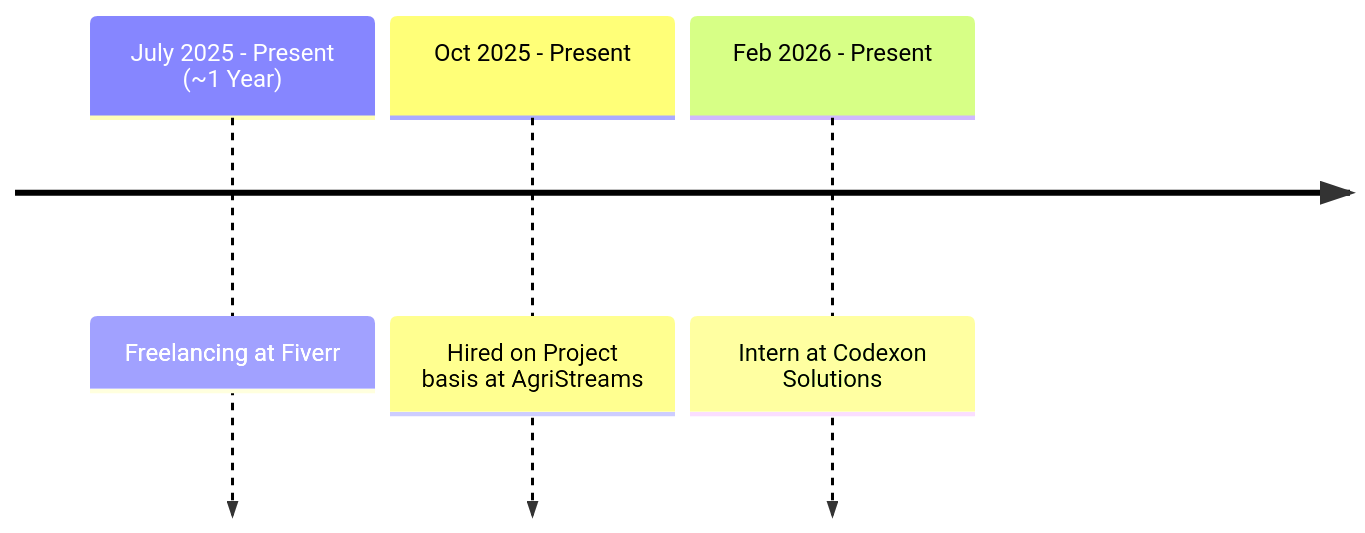
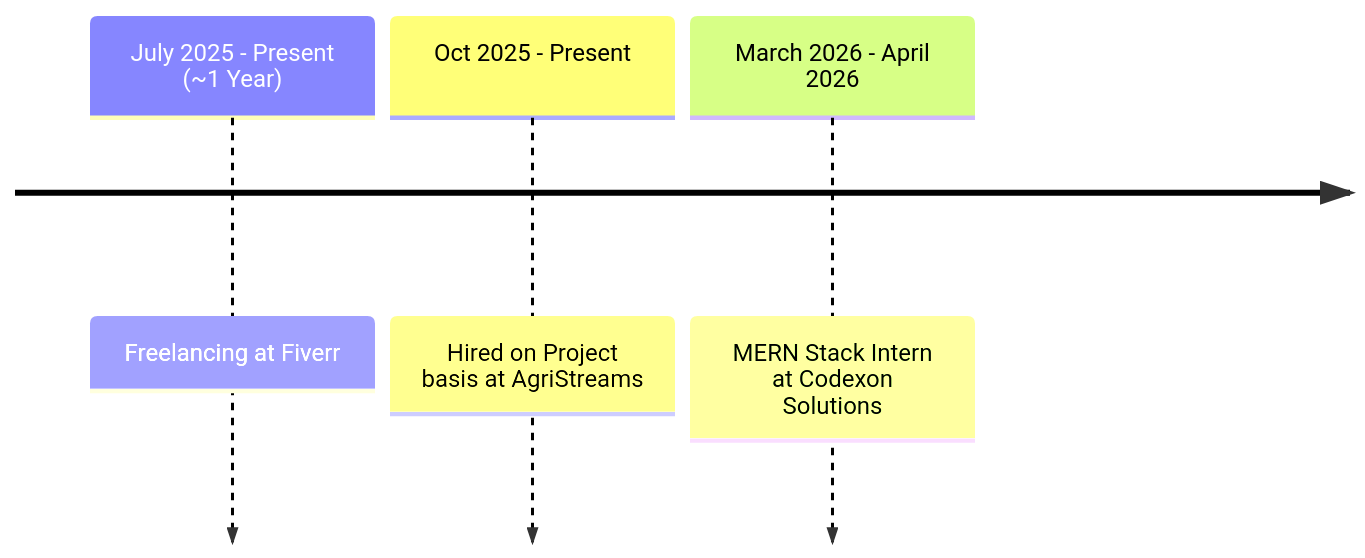
Before and after one commit to ShahzaibAhmad05/ShahzaibAhmad05: the diagram in README.md, drawn with Mermaid.

Commit message:
update professional journey

````diff
--- a/README.md
+++ b/README.md
@@ -169,6 +169,6 @@
 ```mermaid
 timeline
     July 2025 - Present (~1 Year) : Freelancing at Fiverr
     Oct 2025 - Present : Hired on Project basis at AgriStreams
-    Feb 2026 - Present : Intern at Codexon Solutions
+    March 2026 - April 2026 : MERN Stack Intern at Codexon Solutions
 ```
````
